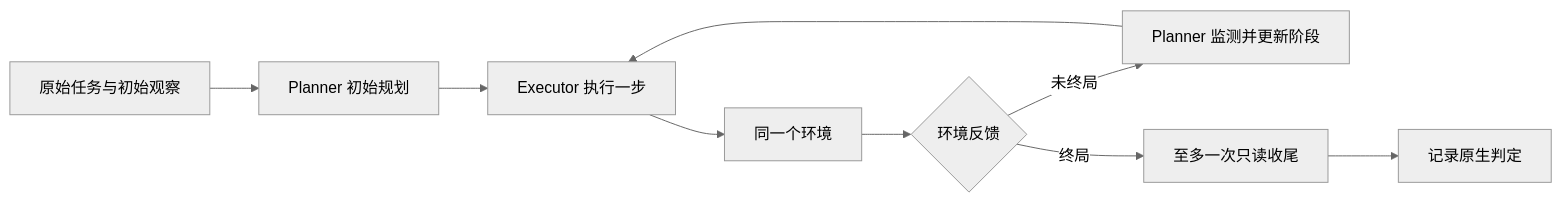
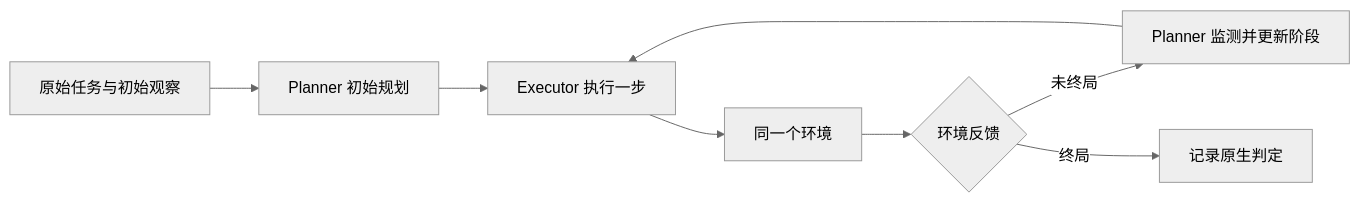
Before and after one commit to anxi710/plan-execute-optimization: the fourth of 4 diagrams in PROPOSAL.md, drawn with Mermaid (neutral theme). The commit also changed other lines of this file and 4 other files, not shown here.

````diff
--- a/PROPOSAL.md
+++ b/PROPOSAL.md
@@ -84,11 +84,10 @@
 ```mermaid
 flowchart LR
     T[原始任务与初始观察] --> P0[Planner 初始规划]
     P0 --> E[Executor 执行一步]
     E --> A[同一个环境]
     A --> O{环境反馈}
     O -->|未终局| P[Planner 监测并更新阶段]
     P --> E
-    O -->|终局| R[至多一次只读收尾]
-    R --> V[记录原生判定]
+    O -->|终局| V[记录原生判定]
 ```
````
